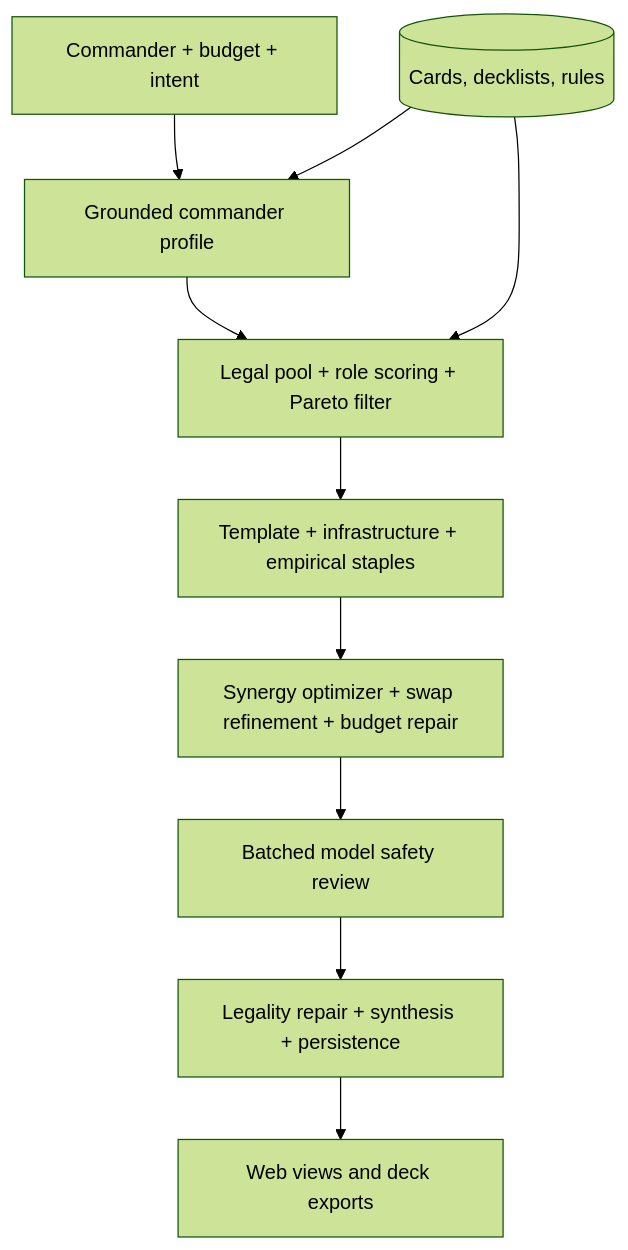
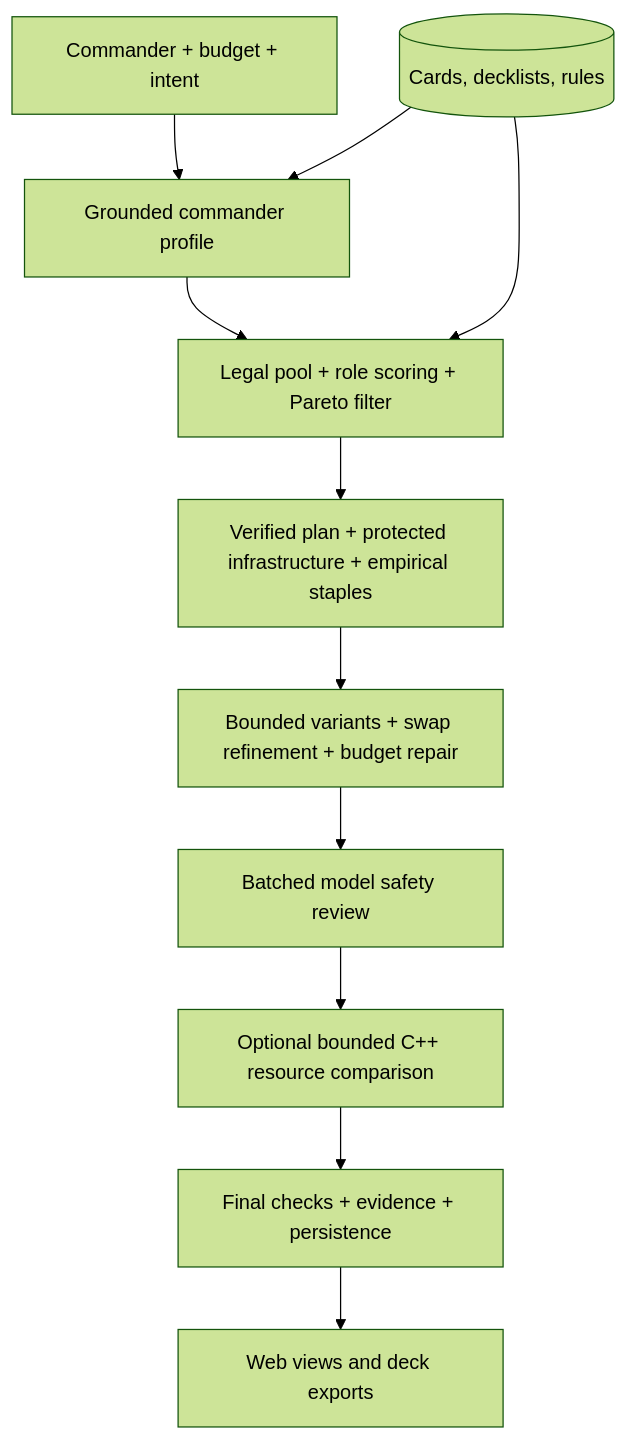
One commit to DylnMtthws/commander-deck-generator changed the diagram in README.md. Above: the diagram before and after it, drawn with Mermaid (forest theme). The commit also changed other lines of this file and 34 other files, not shown here.

Commit message:
Build prepared strategy selection and bounded C++ evidence integration

````diff
--- a/README.md
+++ b/README.md
@@ -52,12 +65,13 @@
 ```mermaid
 flowchart TD
     Input[Commander + budget + intent] --> Profile[Grounded commander profile]
     Corpus[(Cards, decklists, rules)] --> Profile
     Corpus --> Filter[Legal pool + role scoring + Pareto filter]
     Profile --> Filter
-    Filter --> Packages[Template + infrastructure + empirical staples]
-    Packages --> Optimize[Synergy optimizer + swap refinement + budget repair]
+    Filter --> Packages[Verified plan + protected infrastructure + empirical staples]
+    Packages --> Optimize[Bounded variants + swap refinement + budget repair]
     Optimize --> Review[Batched model safety review]
-    Review --> Validate[Legality repair + synthesis + persistence]
+    Review --> Probe[Optional bounded C++ resource comparison]
+    Probe --> Validate[Final checks + evidence + persistence]
     Validate --> Export[Web views and deck exports]
 ```
````
